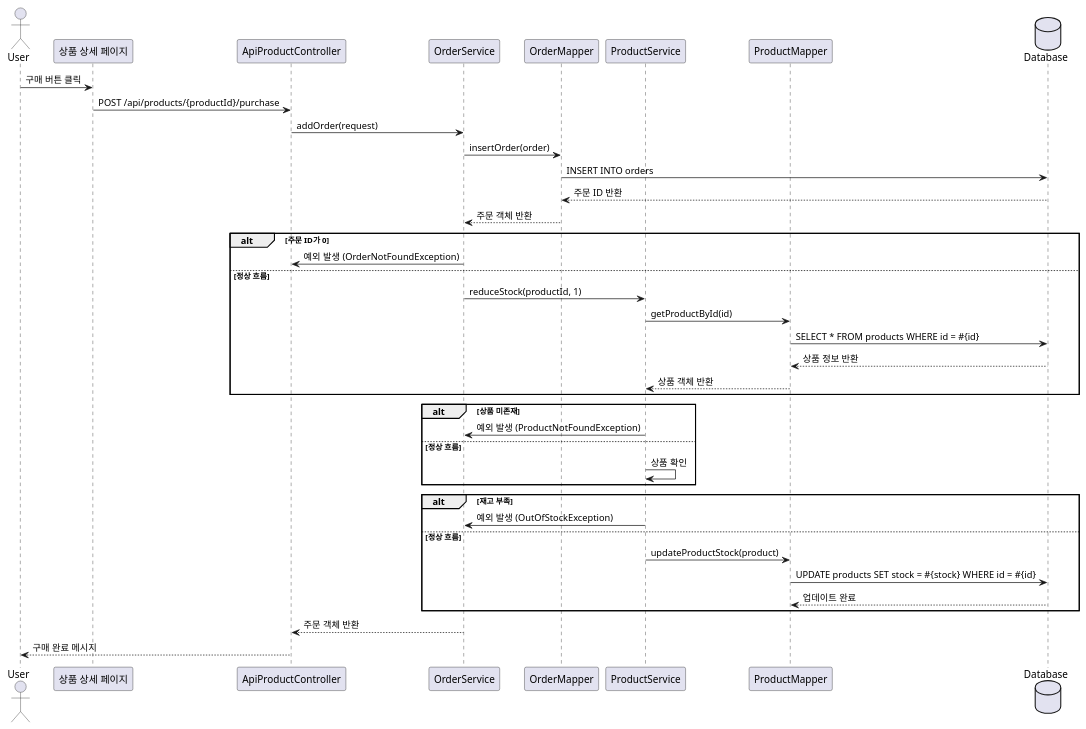
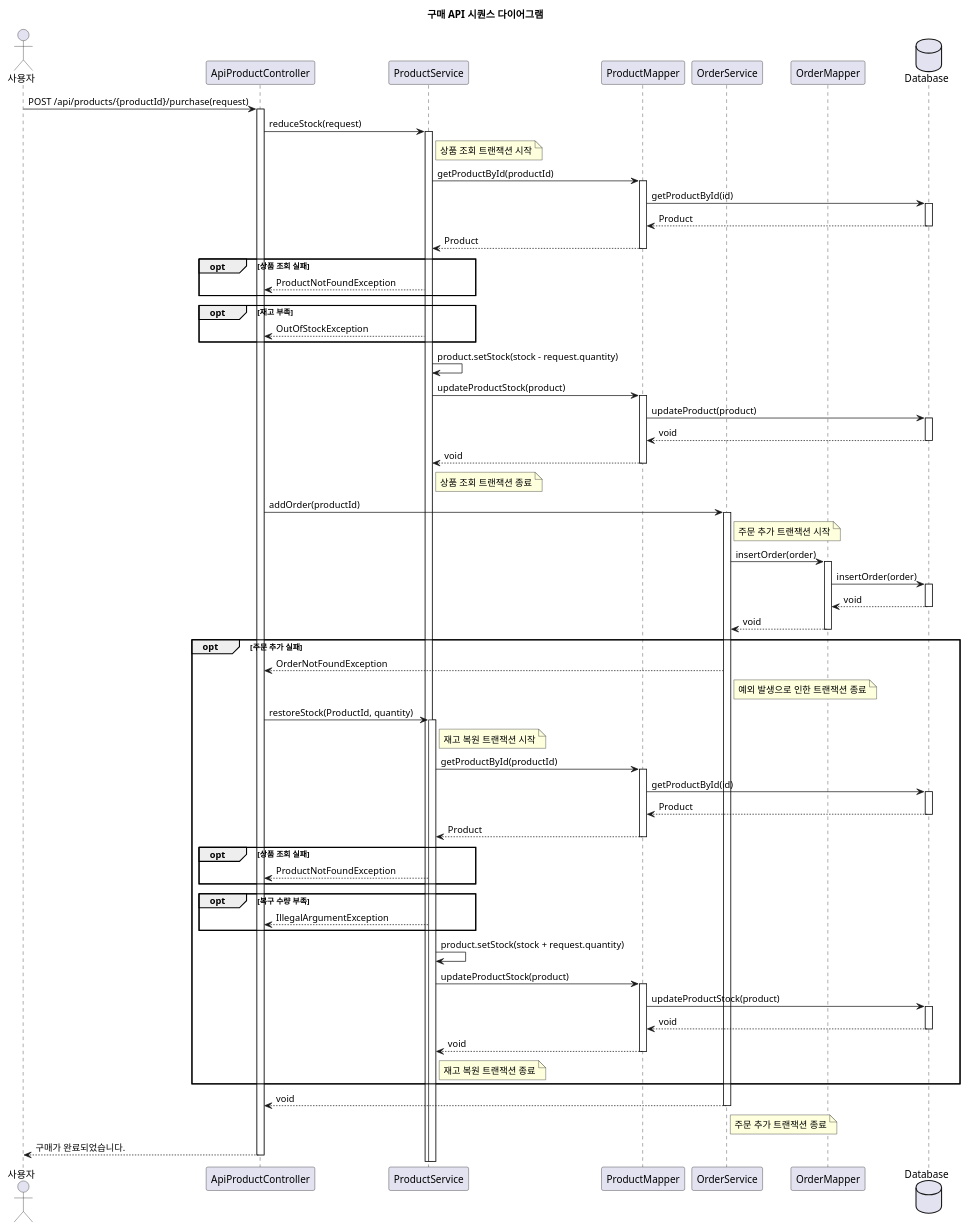
The diagram in docs/diagrams/Order.puml (siljae/shoppingmall), drawn with PlantUML before and after one commit. The commit also changed 10 other files, not shown here.

Commit message:
구매 API 기능 refactoring 및 PlantUML 작성

```diff
--- a/docs/diagrams/Order.puml
+++ b/docs/diagrams/Order.puml
@@ -1,45 +1,98 @@
 @startuml
-actor User
-participant "상품 상세 페이지" as ProductPage
+title 구매 API 시퀀스 다이어그램
+
+actor 사용자 as User
 participant "ApiProductController" as Controller
+participant "ProductService" as ProductService
+participant "ProductMapper" as ProductMapper
 participant "OrderService" as OrderService
 participant "OrderMapper" as OrderMapper
-participant "ProductService" as ProductService
-participant "ProductMapper" as ProductMapper
 database "Database" as DB
 
-User -> ProductPage : 구매 버튼 클릭
-ProductPage -> Controller : POST /api/products/{productId}/purchase
-Controller -> OrderService : addOrder(request)
-OrderService -> OrderMapper : insertOrder(order)
-OrderMapper -> DB : INSERT INTO orders
-DB --> OrderMapper : 주문 ID 반환
-OrderMapper --> OrderService : 주문 객체 반환
+User -> Controller : POST /api/products/{productId}/purchase(request)
+activate Controller
 
-alt 주문 ID가 0
-    OrderService -> Controller : 예외 발생 (OrderNotFoundException)
-else 정상 흐름
-    OrderService -> ProductService : reduceStock(productId, 1)
-    ProductService -> ProductMapper : getProductById(id)
-    ProductMapper -> DB : SELECT * FROM products WHERE id = #{id}
-    DB --> ProductMapper : 상품 정보 반환
-    ProductMapper --> ProductService : 상품 객체 반환
-end
+Controller -> ProductService : reduceStock(request)
+activate ProductService
 
-alt 상품 미존재
-    ProductService -> OrderService : 예외 발생 (ProductNotFoundException)
-else 정상 흐름
-    ProductService -> ProductService : 상품 확인
-end
+note right of ProductService : 상품 조회 트랜잭션 시작
+    ProductService -> ProductMapper : getProductById(productId)
+    activate ProductMapper
+        ProductMapper -> DB : getProductById(id)
+        activate DB
+        DB --> ProductMapper : Product
+        deactivate DB
+    ProductMapper --> ProductService : Product
+    deactivate ProductMapper
 
-alt 재고 부족
-    ProductService -> OrderService : 예외 발생 (OutOfStockException)
-else 정상 흐름
+    opt 상품 조회 실패
+    ProductService --> Controller : ProductNotFoundException
+    end
+    opt 재고 부족
+    ProductService --> Controller : OutOfStockException
+    end
+
+    ProductService -> ProductService : product.setStock(stock - request.quantity)
     ProductService -> ProductMapper : updateProductStock(product)
-    ProductMapper -> DB : UPDATE products SET stock = #{stock} WHERE id = #{id}
-    DB --> ProductMapper : 업데이트 완료
-end
+    activate ProductMapper
+        ProductMapper -> DB : updateProduct(product)
+        activate DB
+        DB --> ProductMapper : void
+        deactivate DB
+    ProductMapper --> ProductService : void
+    deactivate ProductMapper
+note right of ProductService : 상품 조회 트랜잭션 종료
 
-OrderService --> Controller : 주문 객체 반환
-Controller --> User : 구매 완료 메시지
+Controller -> OrderService : addOrder(productId)
+activate OrderService
+
+note right of OrderService : 주문 추가 트랜잭션 시작
+    OrderService -> OrderMapper : insertOrder(order)
+    activate OrderMapper
+
+        OrderMapper -> DB : insertOrder(order)
+        activate DB
+        DB --> OrderMapper : void
+        deactivate DB
+    OrderMapper --> OrderService : void
+    deactivate OrderMapper
+
+    opt 주문 추가 실패
+    OrderService --> Controller : OrderNotFoundException
+    note right of OrderService : 예외 발생으로 인한 트랜잭션 종료
+    Controller -> ProductService : restoreStock(ProductId, quantity)
+    note right of ProductService : 재고 복원 트랜잭션 시작
+    activate ProductService
+        ProductService -> ProductMapper : getProductById(productId)
+        activate ProductMapper
+            ProductMapper -> DB : getProductById(id)
+            activate DB
+            DB --> ProductMapper : Product
+            deactivate DB
+        ProductMapper --> ProductService : Product
+        deactivate ProductMapper
+        opt 상품 조회 실패
+        ProductService --> Controller : ProductNotFoundException
+        end
+        opt 복구 수량 부족
+        ProductService --> Controller : IllegalArgumentException
+        end
+        ProductService -> ProductService : product.setStock(stock + request.quantity)
+            ProductService -> ProductMapper : updateProductStock(product)
+            activate ProductMapper
+                ProductMapper -> DB : updateProductStock(product)
+                activate DB
+                DB --> ProductMapper : void
+                deactivate DB
+            ProductMapper --> ProductService : void
+            deactivate ProductMapper
+    note right of ProductService : 재고 복원 트랜잭션 종료
+    end
+OrderService --> Controller : void
+deactivate OrderService
+note right of OrderService : 주문 추가 트랜잭션 종료
+
+Controller --> User : 구매가 완료되었습니다.
+deactivate Controller
+
 @enduml
```
